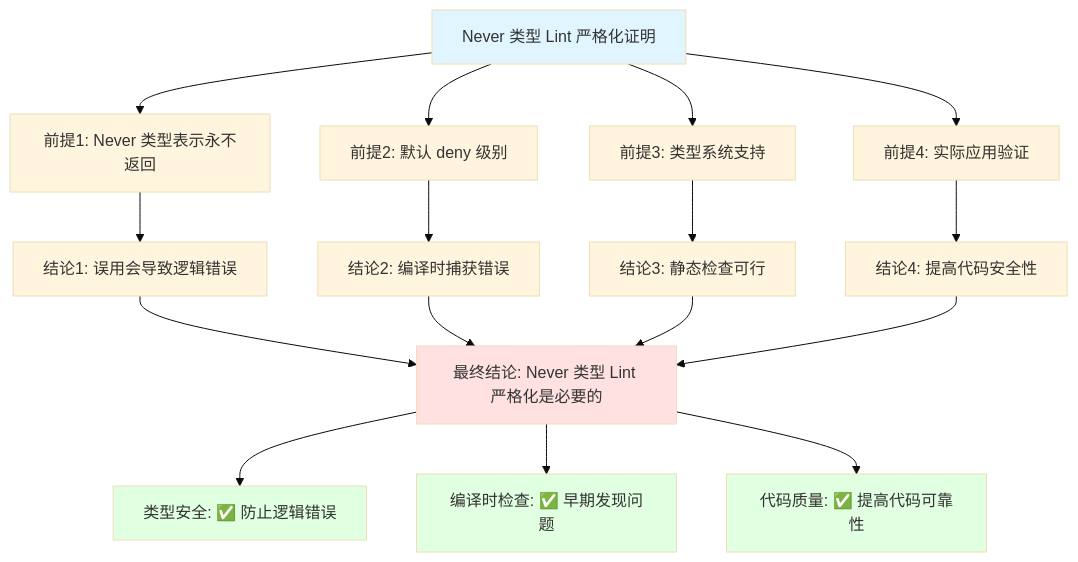
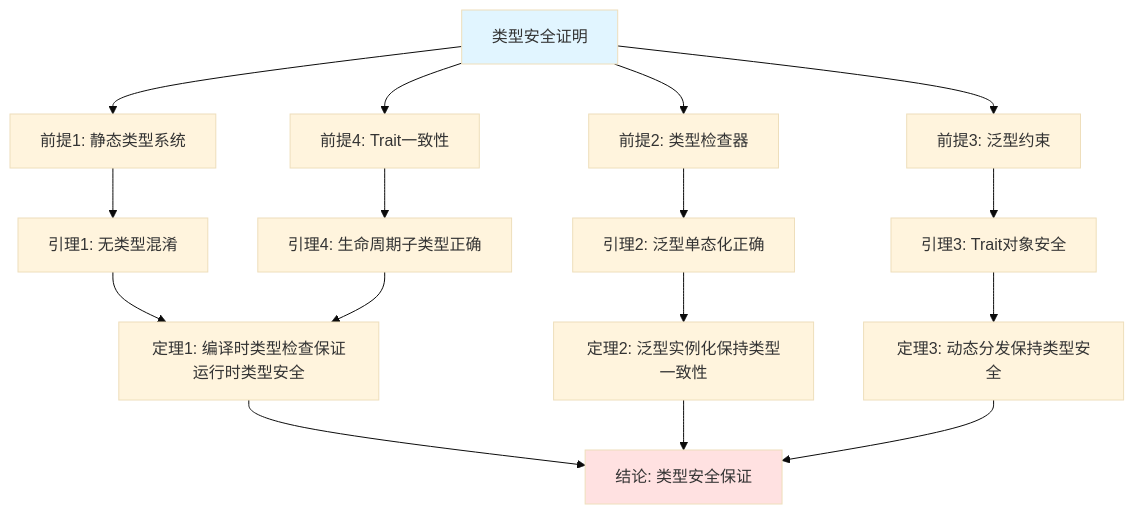
One commit to martin-ly/rust-lang changed diagram 28 of 30 in docs/04_thinking/THINKING_REPRESENTATION_METHODS.md. Above: the diagram before and after it, drawn with Mermaid (base theme). The commit also changed other lines of this file and 86 other files, not shown here.

````diff
--- a/docs/04_thinking/THINKING_REPRESENTATION_METHODS.md
+++ b/docs/04_thinking/THINKING_REPRESENTATION_METHODS.md
@@ -744,29 +1222,42 @@
 ```mermaid
 graph TD
-    Root[Never 类型 Lint 严格化证明]
-
-    Root --> P1[前提1: Never 类型表示永不返回]
-    Root --> P2[前提2: 默认 deny 级别]
-    Root --> P3[前提3: 类型系统支持]
-    Root --> P4[前提4: 实际应用验证]
-
-    P1 --> C1[结论1: 误用会导致逻辑错误]
-    P2 --> C2[结论2: 编译时捕获错误]
-    P3 --> C3[结论3: 静态检查可行]
-    P4 --> C4[结论4: 提高代码安全性]
-
-    C1 --> Final[最终结论: Never 类型 Lint 严格化是必要的]
-    C2 --> Final
-    C3 --> Final
-    C4 --> Final
-
-    Final --> G1[类型安全: ✅ 防止逻辑错误]
-    Final --> G2[编译时检查: ✅ 早期发现问题]
-    Final --> G3[代码质量: ✅ 提高代码可靠性]
-
+    Root[类型安全证明]
+    
+    P1[前提1: 静态类型系统]
+    P2[前提2: 类型检查器]
+    P3[前提3: 泛型约束]
+    P4[前提4: Trait一致性]
+    
+    L1[引理1: 无类型混淆]
+    L2[引理2: 泛型单态化正确]
+    L3[引理3: Trait对象安全]
+    L4[引理4: 生命周期子类型正确]
+    
+    T1[定理1: 编译时类型检查保证运行时类型安全]
+    T2[定理2: 泛型实例化保持类型一致性]
+    T3[定理3: 动态分发保持类型安全]
+    
+    C1[结论: 类型安全保证]
+    
+    Root --> P1
+    Root --> P2
+    Root --> P3
+    Root --> P4
+    
+    P1 --> L1
+    P2 --> L2
+    P3 --> L3
+    P4 --> L4
+    
+    L1 --> T1
+    L2 --> T2
+    L3 --> T3
+    L4 --> T1
+    
+    T1 --> C1
+    T2 --> C1
+    T3 --> C1
+    
     style Root fill:#e1f5ff
-    style Final fill:#ffe1e1
-    style G1 fill:#e1ffe1
-    style G2 fill:#e1ffe1
-    style G3 fill:#e1ffe1
+    style C1 fill:#ffe1e1
 ```
````
